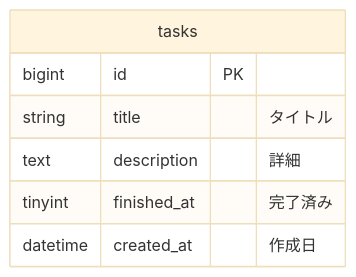
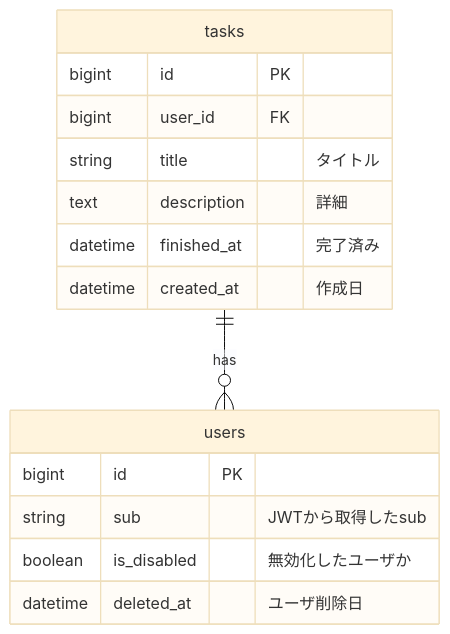
Before and after one commit to nakajima97/fastapi-simple-todo-app: the diagram in documents/er.md, drawn with Mermaid (base theme). The commit also changed 9 other files, not shown here.

````diff
--- a/documents/er.md
+++ b/documents/er.md
@@ -1,11 +1,21 @@
 ```mermaid
 erDiagram
 
 tasks {
   bigint id PK
+  bigint user_id FK
   string title "タイトル"
   text description "詳細"
-  tinyint finished_at "完了済み"
+  datetime finished_at "完了済み"
   datetime created_at "作成日"
 }
+
+users {
+  bigint id PK
+  string sub "JWTから取得したsub"
+  boolean is_disabled "無効化したユーザか"
+  datetime deleted_at "ユーザ削除日"
+}
+
+tasks ||--o{ users : has
 ```
````
